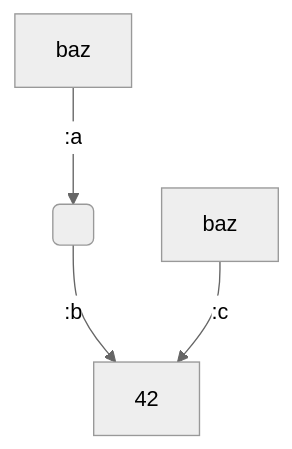
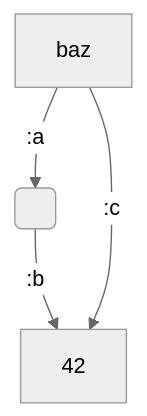
One commit to ekoontz/dag-unify changed the fourth of 4 diagrams in README.md. Above: the diagram before and after it, drawn with Mermaid (neutral theme).

Commit message:
doc improvements

````diff
--- a/README.md
+++ b/README.md
@@ -202,6 +202,6 @@
 ```mermaid
 graph TD
     X[baz] --> |:a| B( )
     B   --> |:b| D[42]
-    baz --> |:c| D
+    X --> |:c| D
 ```
````
